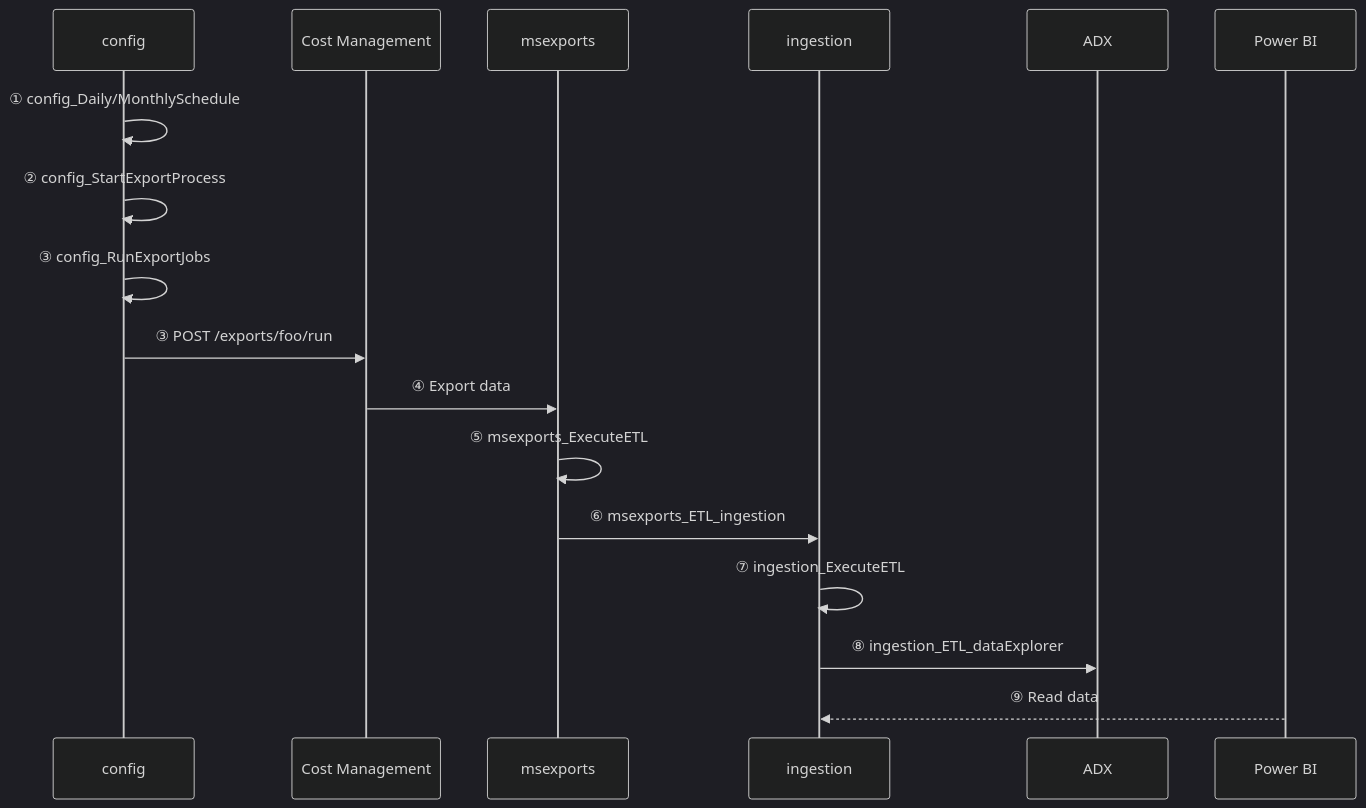
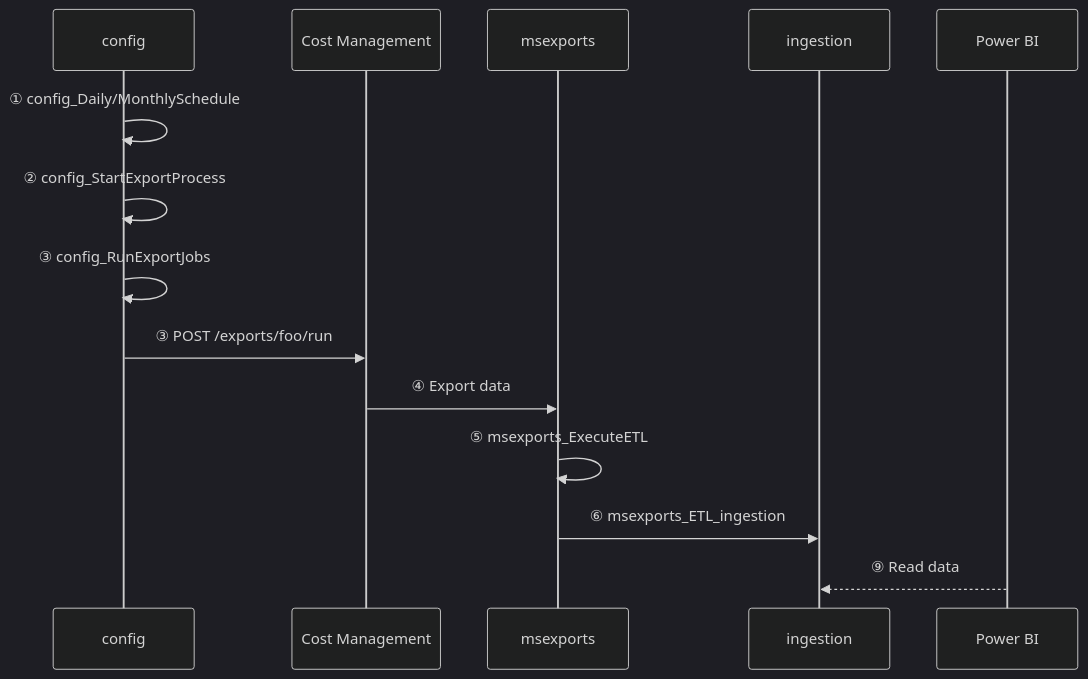
The third of 7 diagrams in docs/_reporting/hubs/data-processing.md (microsoft/finops-toolkit), drawn with Mermaid (dark theme) before and after one commit. The commit also changed other lines of this file and 49 other files, not shown here.

````diff
--- a/docs/_reporting/hubs/data-processing.md
+++ b/docs/_reporting/hubs/data-processing.md
@@ -56,13 +316,11 @@
 ```mermaid
 sequenceDiagram
     config->>config: ① config_Daily/MonthlySchedule
     config->>config: ② config_StartExportProcess
     config->>config: ③ config_RunExportJobs
     config->>Cost Management: ③ POST /exports/foo/run
     Cost Management->>msexports: ④ Export data
     msexports->>msexports: ⑤ msexports_ExecuteETL
     msexports->>ingestion: ⑥ msexports_ETL_ingestion
-    ingestion->>ingestion: ⑦ ingestion_ExecuteETL
-    ingestion->>ADX: ⑧ ingestion_ETL_dataExplorer
     Power BI-->>ingestion: ⑨ Read data
 ```
````
